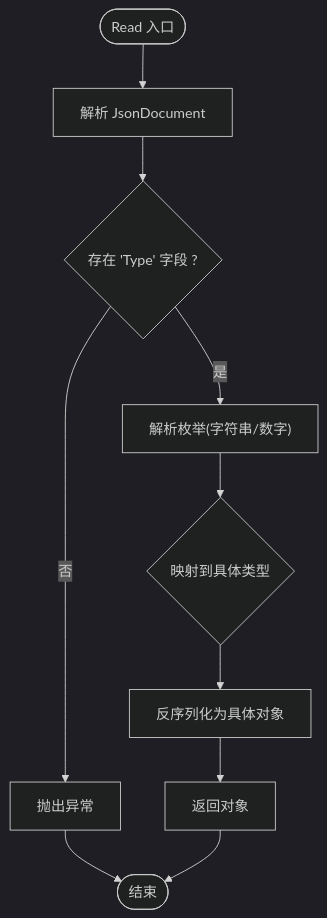
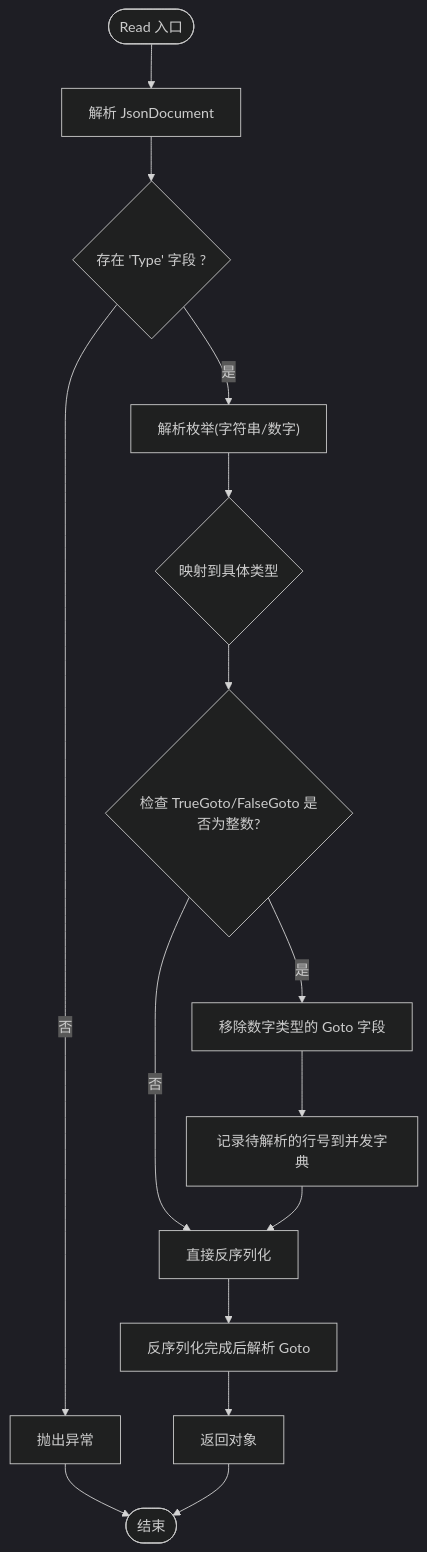
The sixth of 8 diagrams in .qoder/repowiki/zh/content/用户界面系统/数据绑定与转换器.md (yooxii/ShaoLuAuto), drawn with Mermaid (dark theme) before and after one commit. The commit also changed other lines of this file and 45 other files, not shown here.

````diff
--- a/.qoder/repowiki/zh/content/用户界面系统/数据绑定与转换器.md
+++ b/.qoder/repowiki/zh/content/用户界面系统/数据绑定与转换器.md
@@ -236,12 +263,17 @@
 ```mermaid
 flowchart TD
 Start(["Read 入口"]) --> ParseDoc["解析 JsonDocument"]
 ParseDoc --> GetTypeField{"存在 'Type' 字段 ?"}
 GetTypeField --> |否| ThrowErr["抛出异常"]
 GetTypeField --> |是| ParseEnum["解析枚举(字符串/数字)"]
 ParseEnum --> MapType{"映射到具体类型"}
-MapType --> Deserialize["反序列化为具体对象"]
-Deserialize --> ReturnObj["返回对象"]
+MapType --> CheckGoto{"检查 TrueGoto/FalseGoto 是否为整数?"}
+CheckGoto --> |是| RemoveNumeric["移除数字类型的 Goto 字段"]
+CheckGoto --> |否| Deserialize["直接反序列化"]
+RemoveNumeric --> RecordPending["记录待解析的行号到并发字典"]
+RecordPending --> Deserialize
+Deserialize --> ResolveAfter["反序列化完成后解析 Goto"]
+ResolveAfter --> ReturnObj["返回对象"]
 ThrowErr --> End(["结束"])
 ReturnObj --> End
 ```
````
